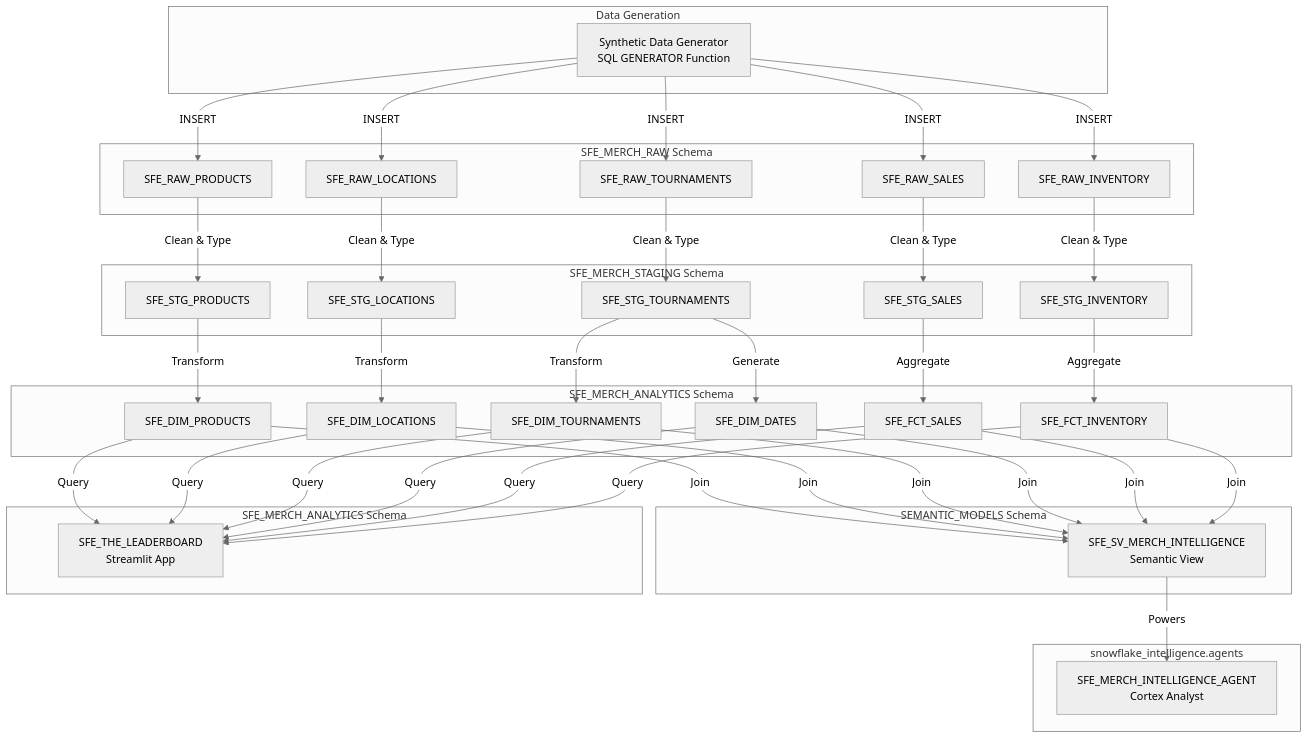
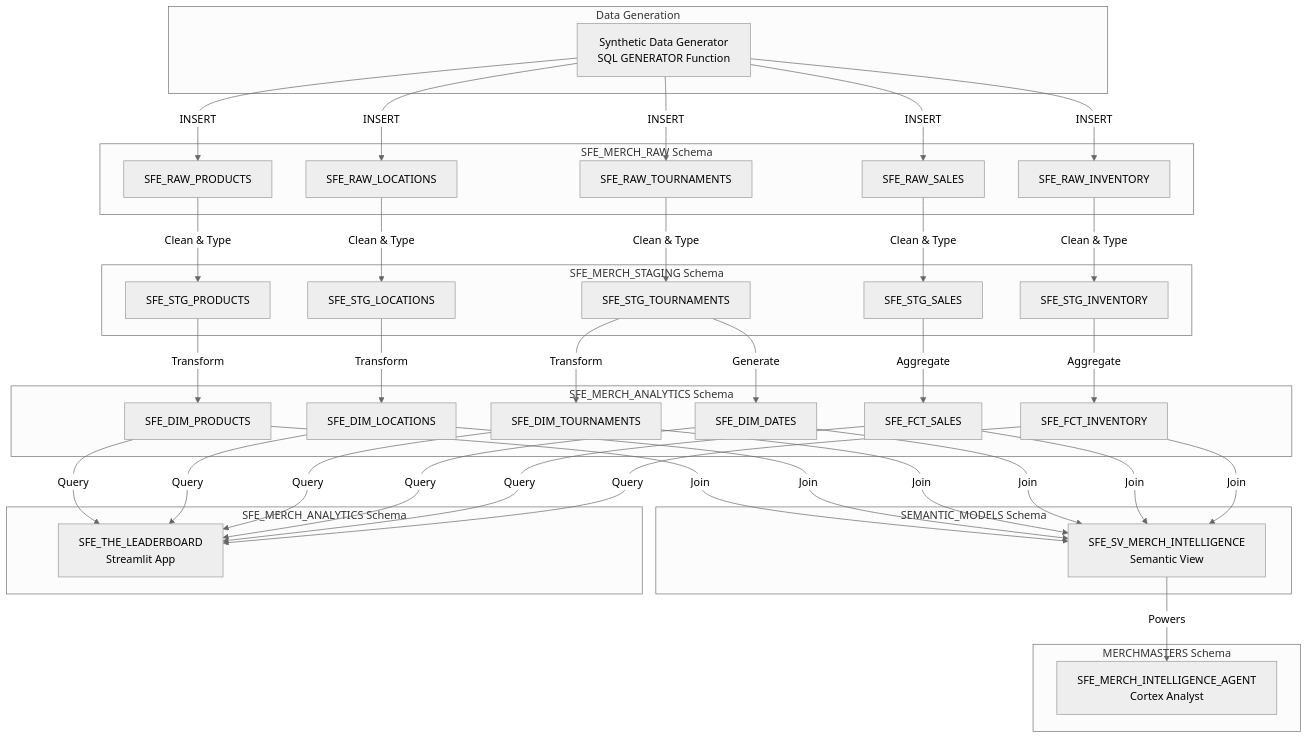
The diagram in diagrams/data-flow.md (sfc-gh-miwhitaker/merchmasters), drawn with Mermaid (neutral theme) before and after one commit. The commit also changed other lines of this file and 8 other files, not shown here.

First line of the commit message:
Update deploy_all.sql and documentation to reflect new Snowflake Intelligence object and schema changes

````diff
--- a/diagrams/data-flow.md
+++ b/diagrams/data-flow.md
@@ -16,62 +16,62 @@
 ```mermaid
 flowchart TB
     subgraph Sources["Data Generation"]
         GEN[Synthetic Data Generator<br/>SQL GENERATOR Function]
     end
     
     subgraph RAW["SFE_MERCH_RAW Schema"]
         RP[SFE_RAW_PRODUCTS]
         RL[SFE_RAW_LOCATIONS]
         RT[SFE_RAW_TOURNAMENTS]
         RS[SFE_RAW_SALES]
         RI[SFE_RAW_INVENTORY]
     end
     
     subgraph STG["SFE_MERCH_STAGING Schema"]
         SP[SFE_STG_PRODUCTS]
         SL[SFE_STG_LOCATIONS]
         STS[SFE_STG_TOURNAMENTS]
         SS[SFE_STG_SALES]
         SI[SFE_STG_INVENTORY]
     end
     
     subgraph ANALYTICS["SFE_MERCH_ANALYTICS Schema"]
         DP[SFE_DIM_PRODUCTS]
         DL[SFE_DIM_LOCATIONS]
         DT[SFE_DIM_TOURNAMENTS]
         DD[SFE_DIM_DATES]
         FS[SFE_FCT_SALES]
         FI[SFE_FCT_INVENTORY]
     end
     
     subgraph SEMANTIC["SEMANTIC_MODELS Schema"]
         SV[SFE_SV_MERCH_INTELLIGENCE<br/>Semantic View]
     end
     
-    subgraph AGENT["snowflake_intelligence.agents"]
+    subgraph AGENT["MERCHMASTERS Schema"]
         AI[SFE_MERCH_INTELLIGENCE_AGENT<br/>Cortex Analyst]
     end
     
     subgraph STREAMLIT["SFE_MERCH_ANALYTICS Schema"]
         SIS[SFE_THE_LEADERBOARD<br/>Streamlit App]
     end
     
     GEN -->|INSERT| RP & RL & RT & RS & RI
     
     RP -->|Clean & Type| SP
     RL -->|Clean & Type| SL
     RT -->|Clean & Type| STS
     RS -->|Clean & Type| SS
     RI -->|Clean & Type| SI
     
     SP -->|Transform| DP
     SL -->|Transform| DL
     STS -->|Transform| DT
     STS -->|Generate| DD
     SS -->|Aggregate| FS
     SI -->|Aggregate| FI
     
     DP & DL & DT & DD & FS & FI -->|Join| SV
     SV -->|Powers| AI
     DP & DL & DT & DD & FS & FI -->|Query| SIS
 ```
````
